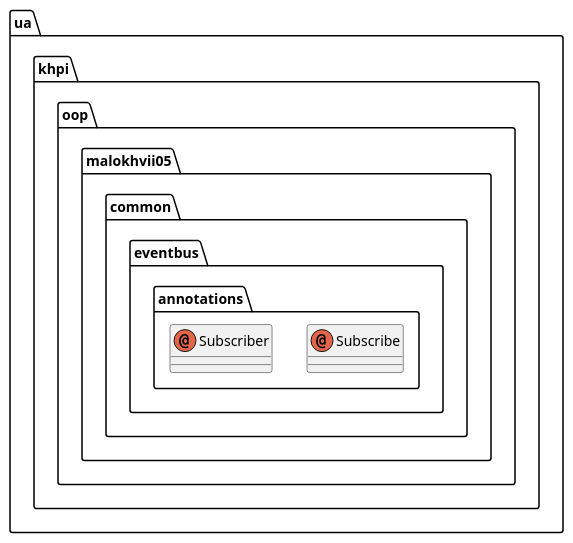
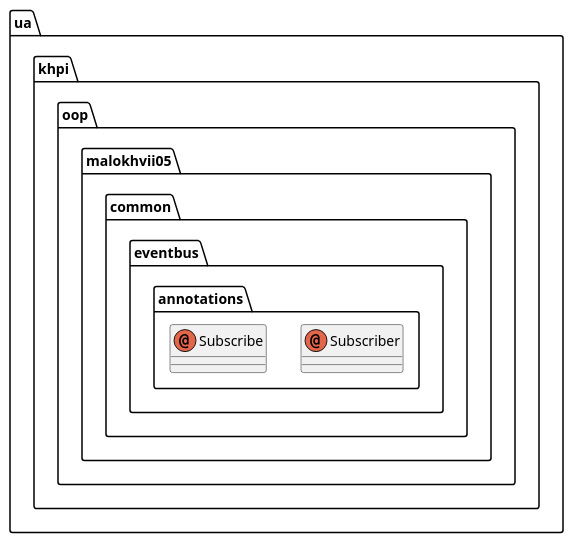
One commit to P-Kalin/kit26a changed the diagram in malokhvii-eduard/malokhvii05/doc/plantuml/ua/khpi/oop/malokhvii05/common/eventbus/annotations/package.puml. Above: the diagram before and after it, drawn with PlantUML. The commit also changed other lines of this file and 135 other files, not shown here.

Commit message:
#3, #15 malokhvii05: update graphs

```diff
--- a/malokhvii-eduard/malokhvii05/doc/plantuml/ua/khpi/oop/malokhvii05/common/eventbus/annotations/package.puml
+++ b/malokhvii-eduard/malokhvii05/doc/plantuml/ua/khpi/oop/malokhvii05/common/eventbus/annotations/package.puml
@@ -1,11 +1,11 @@
 @startuml
 
     namespace ua.khpi.oop.malokhvii05.common.eventbus.annotations {
 
+        annotation Subscriber
+
         annotation Subscribe
-
-        annotation Subscriber
 
     }
 
 @enduml
```
